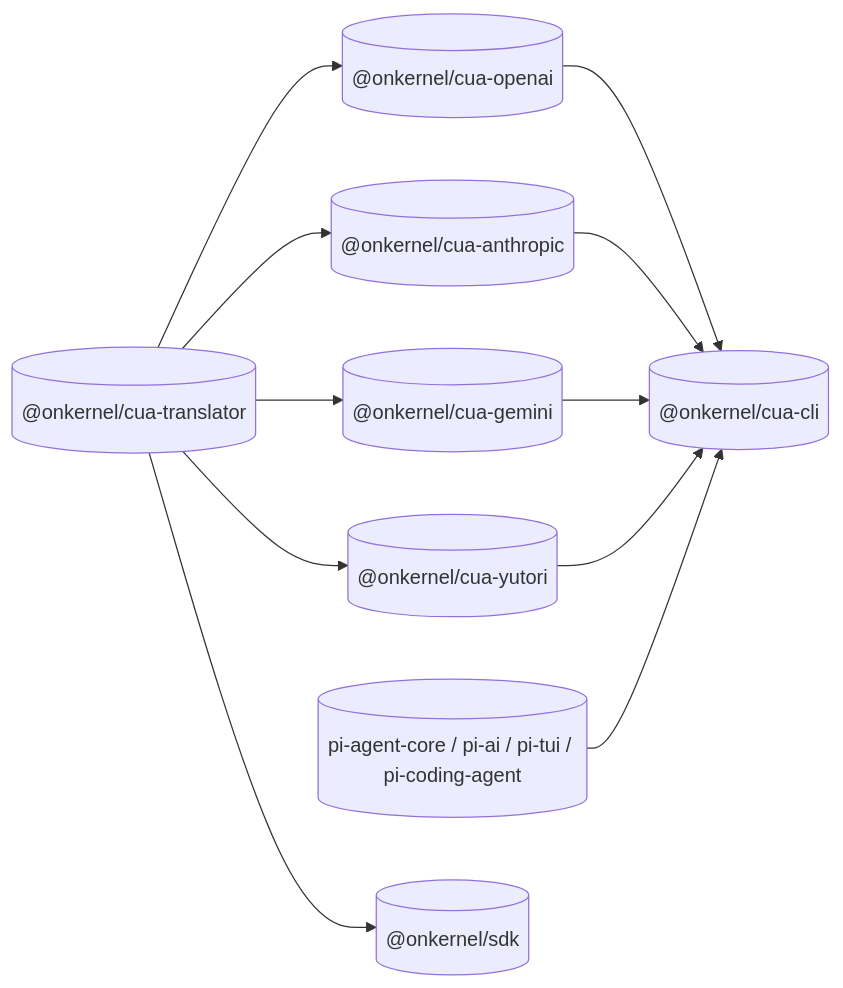
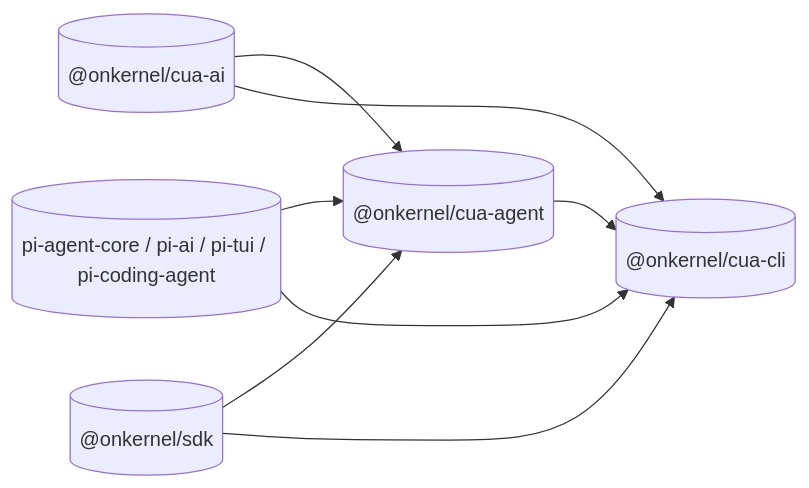
The diagram in README.md (kernel/cua), drawn with Mermaid before and after one commit. The commit also changed other lines of this file and 82 other files, not shown here.

````diff
--- a/README.md
+++ b/README.md
@@ -65,21 +58,15 @@
 ```mermaid
 flowchart LR
-  trans[("@onkernel/cua-translator")]
-  oai[("@onkernel/cua-openai")]
-  ant[("@onkernel/cua-anthropic")]
-  gem[("@onkernel/cua-gemini")]
-  yut[("@onkernel/cua-yutori")]
+  ai[("@onkernel/cua-ai")]
+  agent[("@onkernel/cua-agent")]
   cli[("@onkernel/cua-cli")]
   pi[("pi-agent-core / pi-ai / pi-tui / pi-coding-agent")]
   sdk[("@onkernel/sdk")]
-  trans --> oai
-  trans --> ant
-  trans --> gem
-  trans --> yut
-  trans --> sdk
-  oai --> cli
-  ant --> cli
-  gem --> cli
-  yut --> cli
+  ai --> agent
+  agent --> cli
+  ai --> cli
+  pi --> agent
   pi --> cli
+  sdk --> agent
+  sdk --> cli
 ```
````
